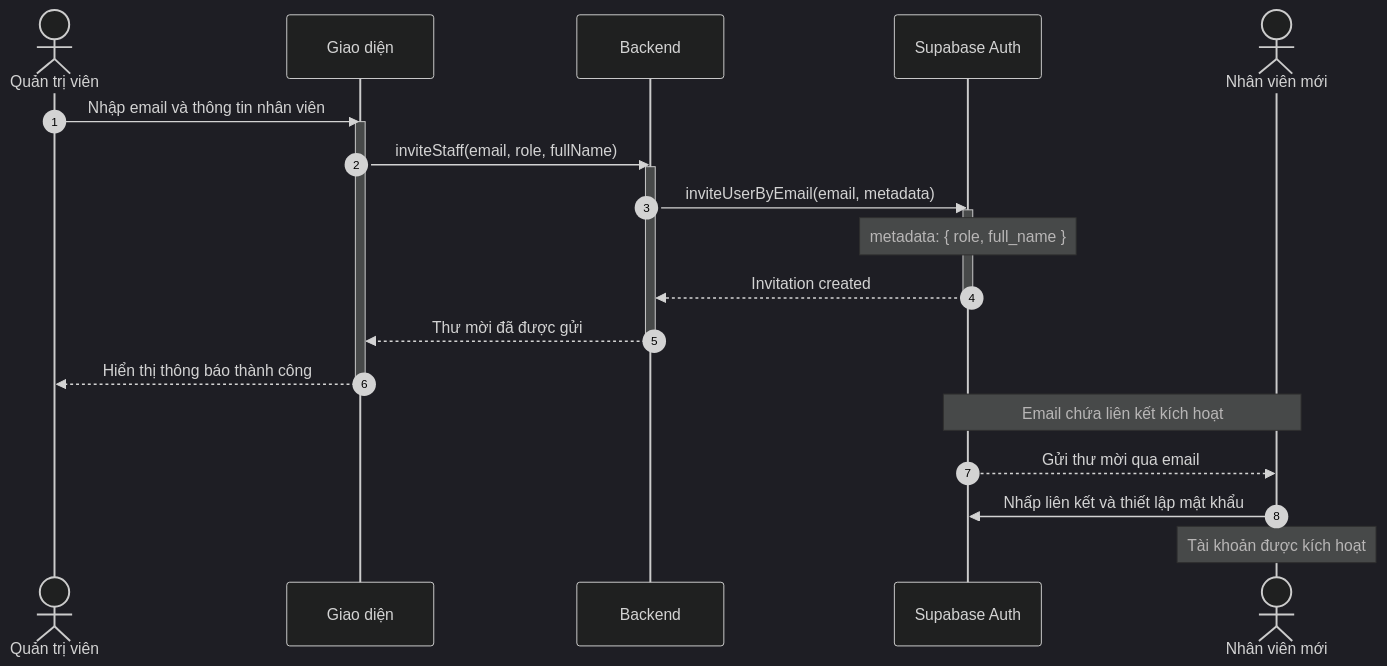
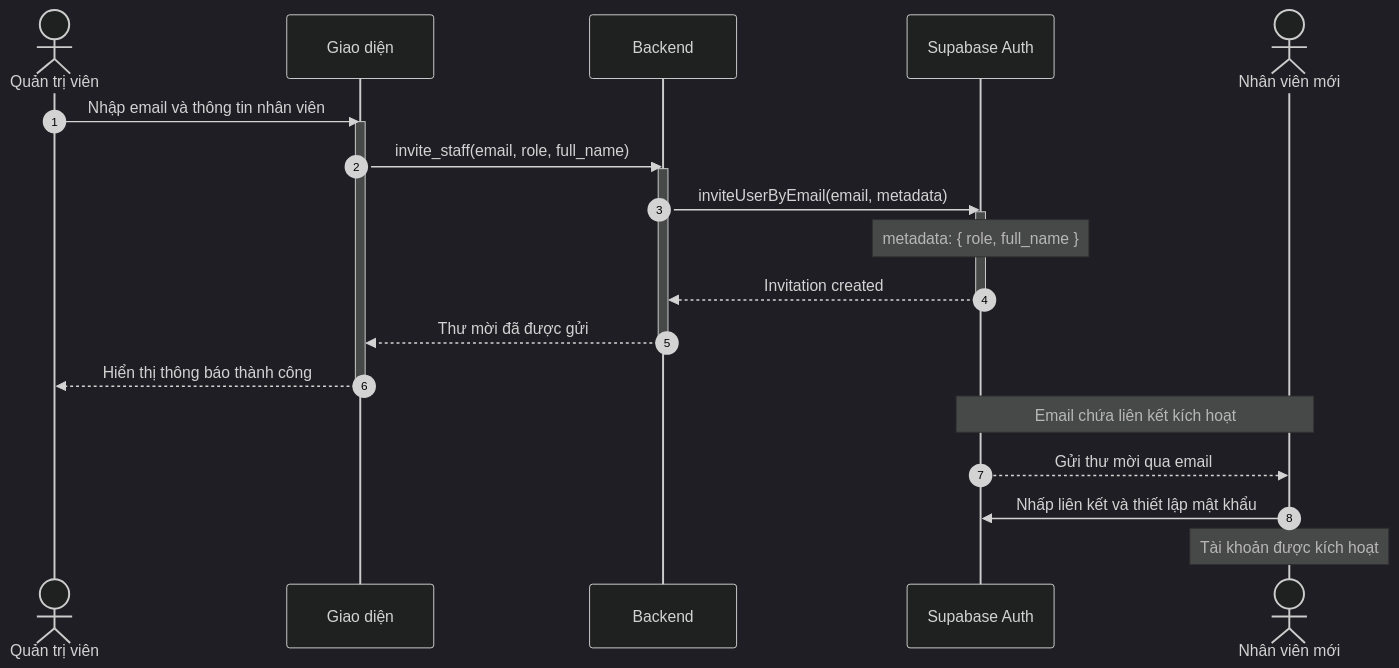
The sixth of 11 diagrams in docs/design/sequences/admin_flows.md (ngoctinn/Synapse), drawn with Mermaid (dark theme) before and after one commit. The commit also changed other lines of this file and 7 other files, not shown here.

Commit message:
docs: Add initial design documentation for system flows, use cases, and data specification.

````diff
--- a/docs/design/sequences/admin_flows.md
+++ b/docs/design/sequences/admin_flows.md
@@ -273,31 +257,31 @@
 ```mermaid
 sequenceDiagram
     autonumber
     actor QTV as Quản trị viên
     participant UI as Giao diện
     participant BE as Backend
     participant SUPA as Supabase Auth
     actor NV as Nhân viên mới
 
     QTV->>UI: Nhập email và thông tin nhân viên
     activate UI
-    UI->>BE: inviteStaff(email, role, fullName)
+    UI->>BE: invite_staff(email, role, full_name)
     activate BE
 
     BE->>SUPA: inviteUserByEmail(email, metadata)
     activate SUPA
     Note over SUPA: metadata: { role, full_name }
     SUPA-->>BE: Invitation created
     deactivate SUPA
 
     BE-->>UI: Thư mời đã được gửi
     deactivate BE
 
     UI-->>QTV: Hiển thị thông báo thành công
     deactivate UI
 
     Note over SUPA,NV: Email chứa liên kết kích hoạt
     SUPA-->>NV: Gửi thư mời qua email
     NV->>SUPA: Nhấp liên kết và thiết lập mật khẩu
     Note over NV: Tài khoản được kích hoạt
 ```
````
